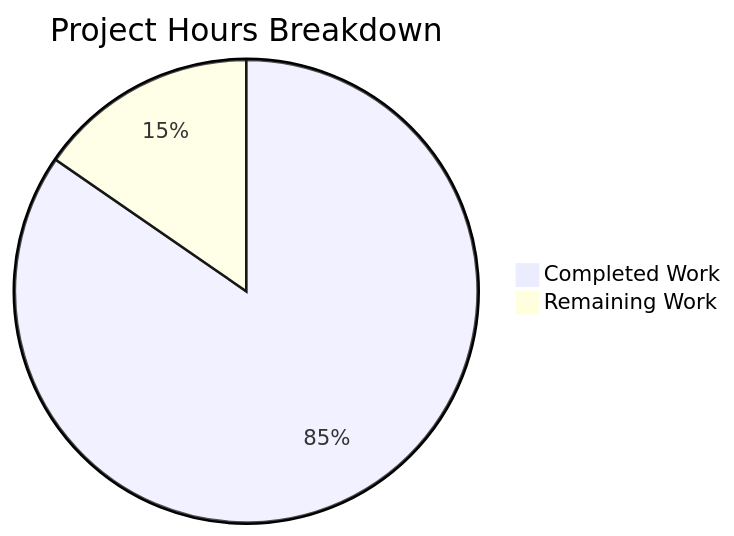
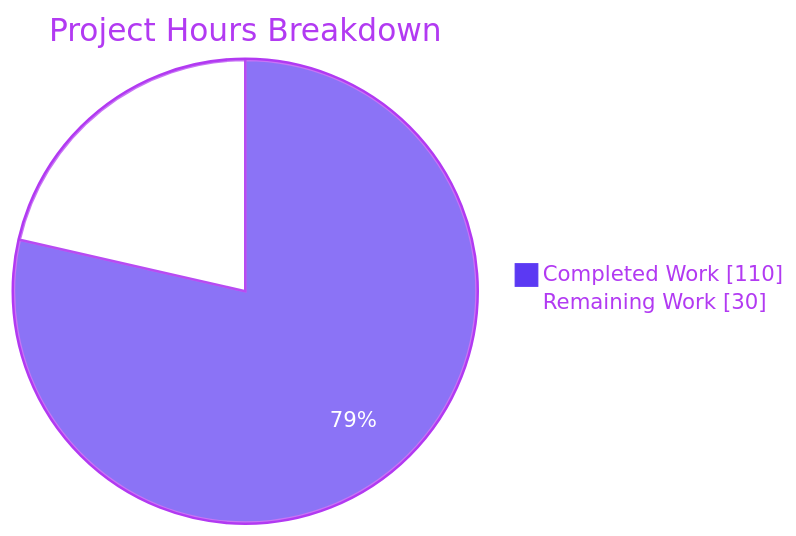
Before and after one commit to Blitzy-Sandbox/blitzy-trinket-oss: the second of 5 diagrams in blitzy/documentation/Project Guide.md, drawn with Mermaid. The commit also changed other lines of this file, not shown here.

Commit message:
Adding Blitzy Project Guide: Project Status and Human Tasks Remaining

````diff
--- a/blitzy/documentation/Project Guide.md
+++ b/blitzy/documentation/Project Guide.md
@@ -232,5 +323,7 @@
 ```mermaid
-pie title Project Hours Breakdown
+%%{init: {'theme':'base','themeVariables':{'pie1':'#5B39F3','pie2':'#FFFFFF','pieStrokeColor':'#B23AF2','pieOuterStrokeColor':'#B23AF2','pieTitleTextColor':'#B23AF2','pieSectionTextColor':'#FFFFFF','pieLegendTextColor':'#B23AF2'}}}%%
+pie showData
+    title Project Hours Breakdown
     "Completed Work" : 110
-    "Remaining Work" : 20
+    "Remaining Work" : 30
 ```
````
